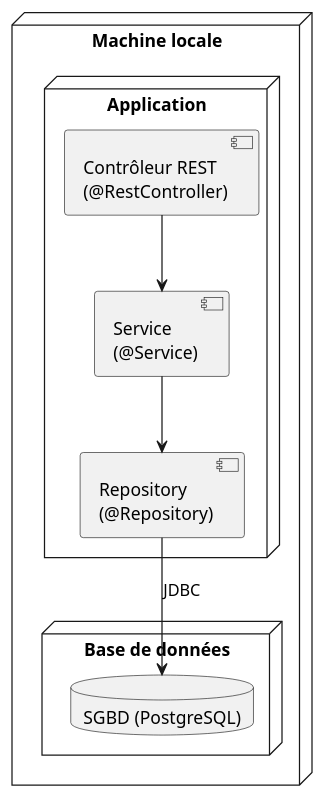
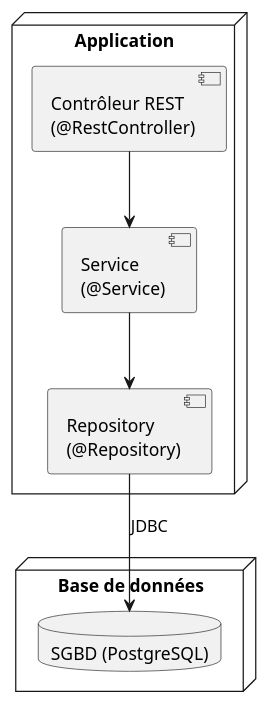
Before and after one commit to Anass1707/LOG430-labos: the diagram in docs/UML/diagrammeDeploiement-2-tiers.puml, drawn with PlantUML. The commit also changed 3 other files, not shown here.

```diff
--- a/docs/UML/diagrammeDeploiement-2-tiers.puml
+++ b/docs/UML/diagrammeDeploiement-2-tiers.puml
@@ -1,18 +1,16 @@
 @startuml
-node "Machine locale" {
 
   node "Application" {
     component "Contrôleur REST\n(@RestController)"
     component "Service\n(@Service)"
     component "Repository\n(@Repository)"
   }
 
   node "Base de données" {
     database "SGBD (PostgreSQL)"
   }
 
   "Contrôleur REST\n(@RestController)" --> "Service\n(@Service)"
   "Service\n(@Service)" --> "Repository\n(@Repository)"
   "Repository\n(@Repository)" --> "SGBD (PostgreSQL)" : JDBC
-}
 @enduml
```
